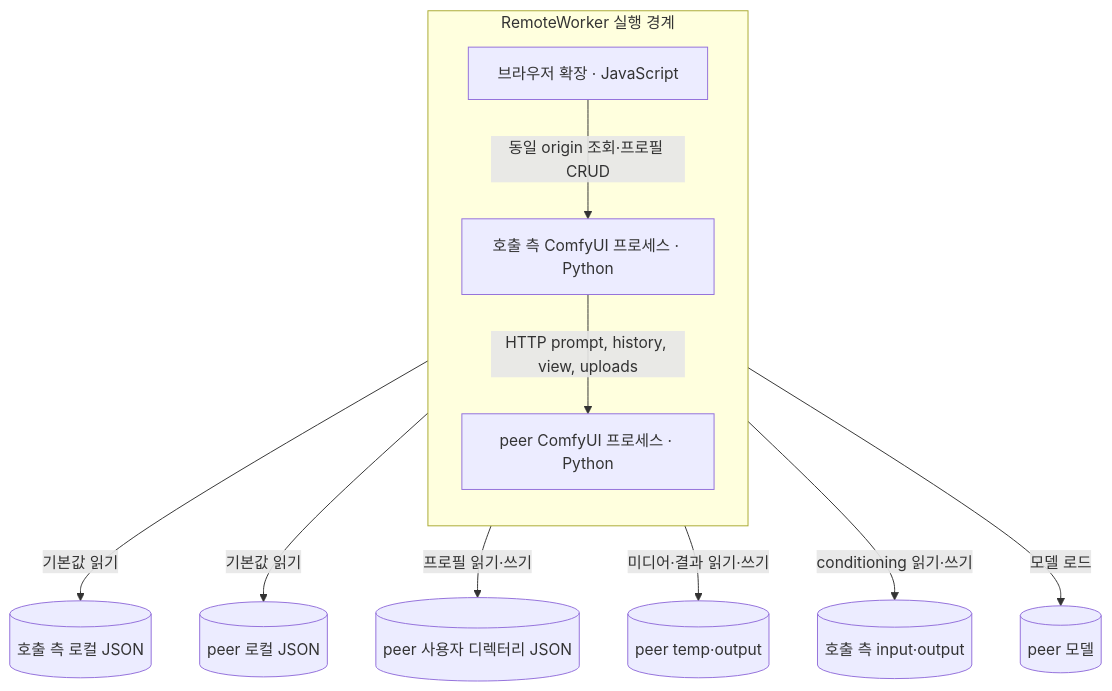
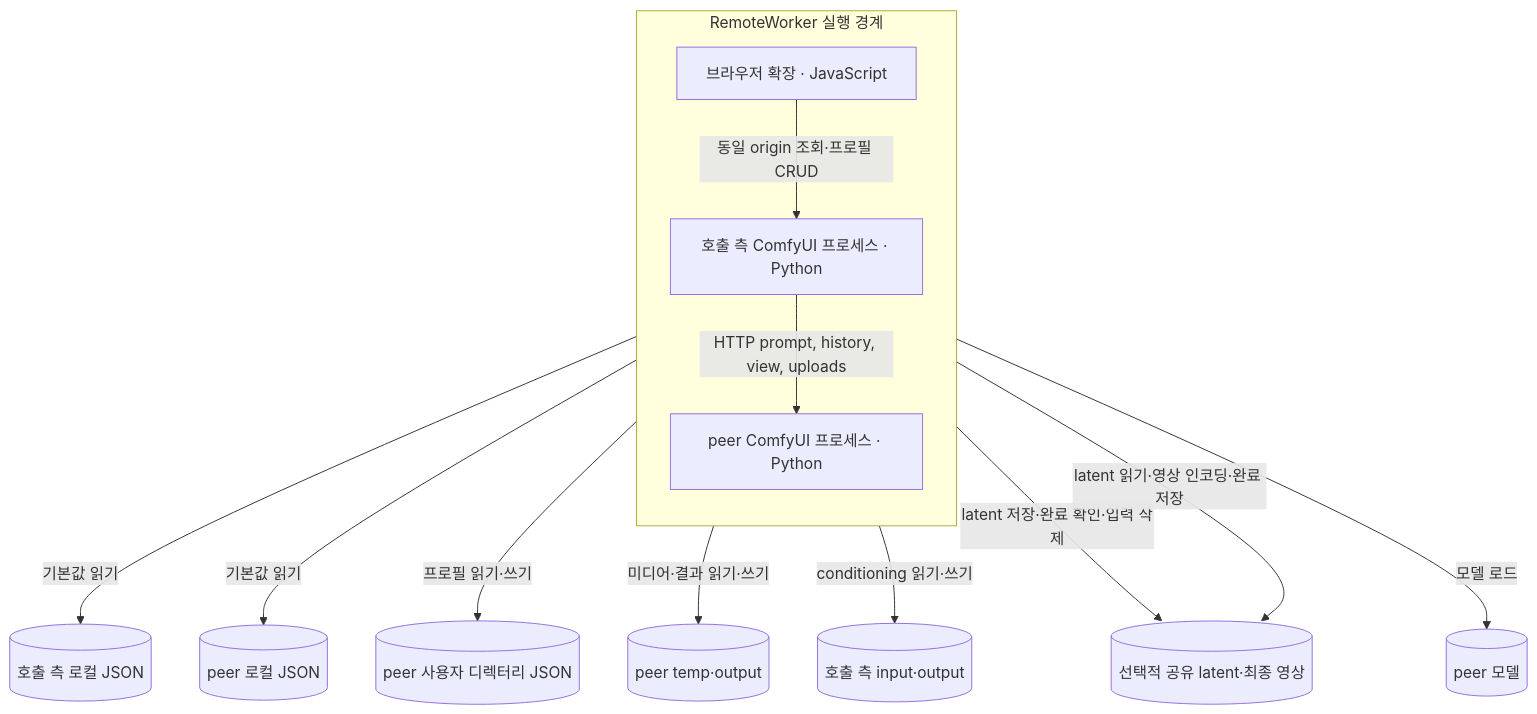
The diagram in docs/architecture/02-containers.md (pollux-o4/RemoteWorker), drawn with Mermaid before and after one commit. The commit also changed other lines of this file and 65 other files, not shown here.

````diff
--- a/docs/architecture/02-containers.md
+++ b/docs/architecture/02-containers.md
@@ -3,17 +3,19 @@
 ```mermaid
 flowchart TB
     subgraph RW[RemoteWorker 실행 경계]
         direction TB
         Browser[브라우저 확장 · JavaScript]
         Caller[호출 측 ComfyUI 프로세스 · Python]
         Peer[peer ComfyUI 프로세스 · Python]
     end
     Browser -->|동일 origin 조회·프로필 CRUD| Caller
     Caller -->|HTTP prompt, history, view, uploads| Peer
     Caller -->|기본값 읽기| CallerConfig[(호출 측 로컬 JSON)]
     Peer -->|기본값 읽기| PeerConfig[(peer 로컬 JSON)]
     Peer -->|프로필 읽기·쓰기| Profiles[(peer 사용자 디렉터리 JSON)]
     Peer -->|미디어·결과 읽기·쓰기| PeerFiles[(peer temp·output)]
     Caller -->|conditioning 읽기·쓰기| CallerFiles[(호출 측 input·output)]
+    Caller -->|latent 저장·완료 확인·입력 삭제| Shared[(선택적 공유 latent·최종 영상)]
+    Peer -->|latent 읽기·영상 인코딩·완료 저장| Shared
     Peer -->|모델 로드| Models[(peer 모델)]
 ```
````
